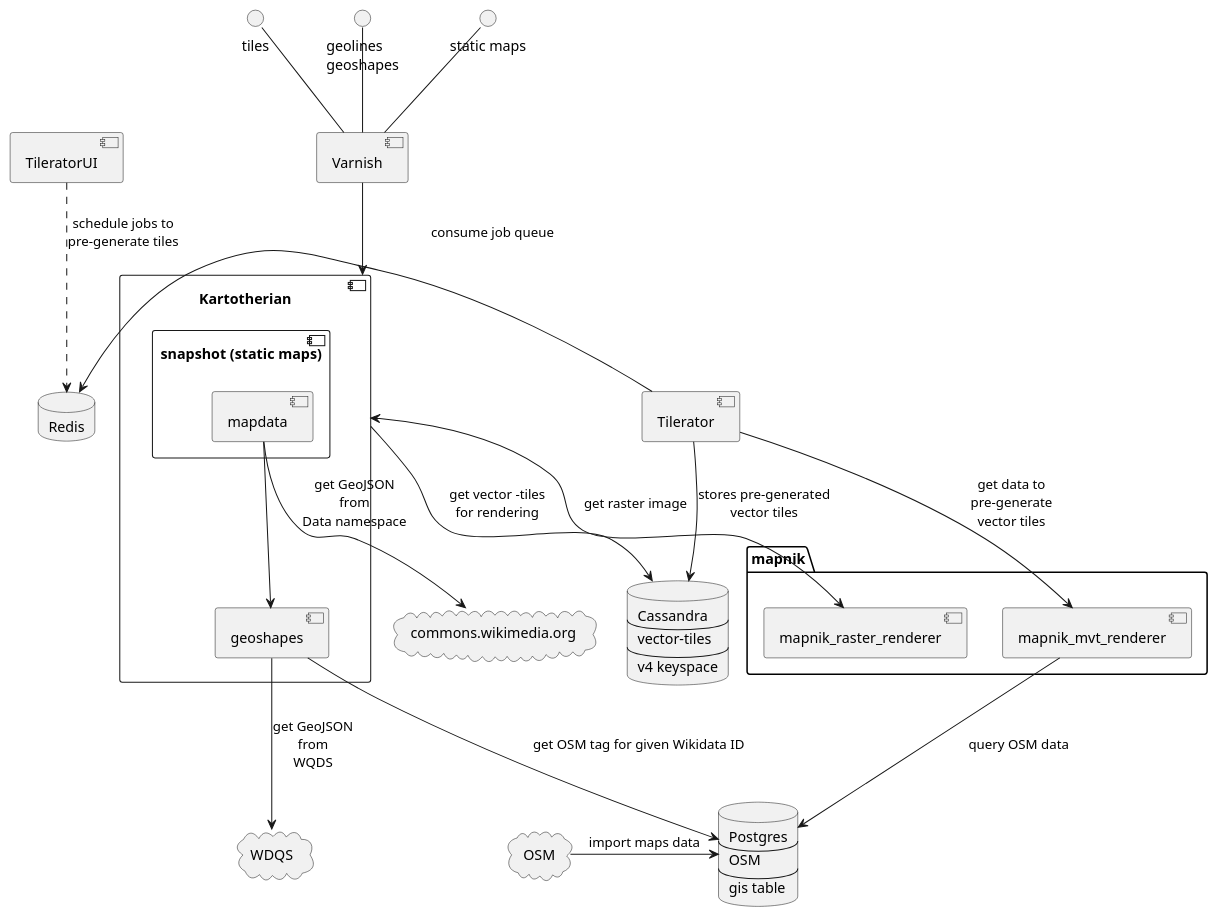
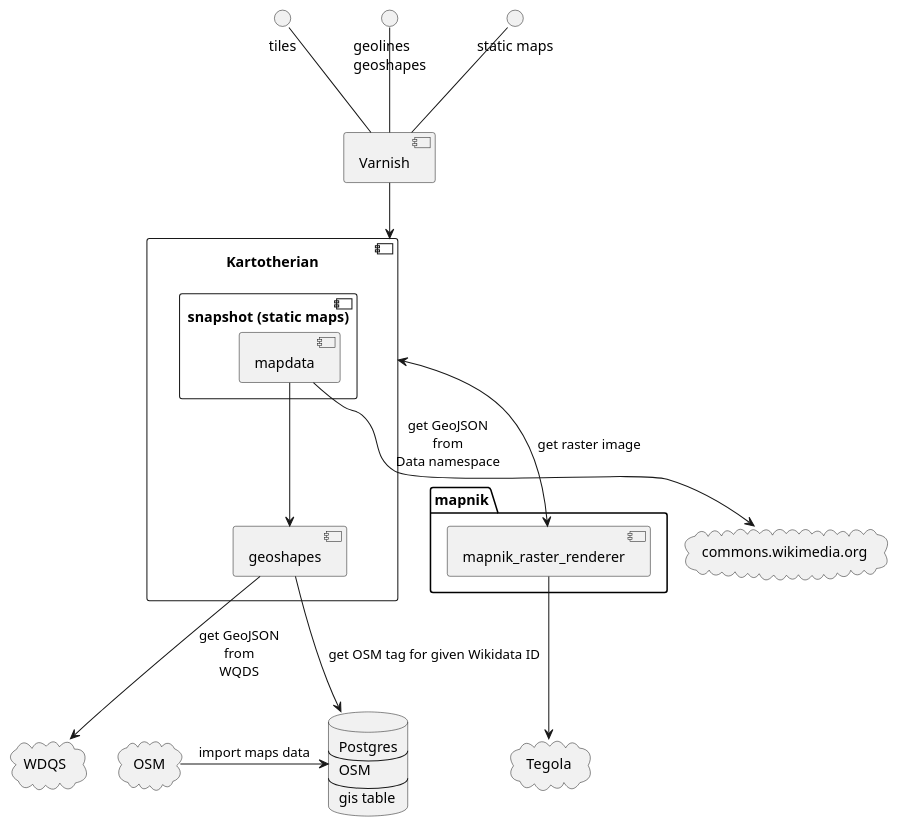
One commit to wikimedia/mediawiki-services-kartotherian changed the diagram in docs/diagrams/backend.puml. Above: the diagram before and after it, drawn with PlantUML. The commit also changed 14 other files, not shown here.

```diff
--- a/docs/diagrams/backend.puml
+++ b/docs/diagrams/backend.puml
@@ -1,60 +1,42 @@
 @startuml
 () tiles
 () "geolines\ngeoshapes" as geoshapes_req
 () "static maps" as staticmaps
 [Varnish]
 component Kartotherian {
     component geoshapes
     component "snapshot (static maps)" as snapshot {
         component mapdata
     }
 }
-[Tilerator]
-[TileratorUI]
 cloud OSM
 cloud WDQS
 cloud commons [
     commons.wikimedia.org
 ]
-database Cassandra [
-    Cassandra
-    ---
-    vector-tiles
-    --
-    v4 keyspace
-]
-database Redis
+cloud Tegola
 database Postgres [
     Postgres
     --
     OSM
     --
     gis table
 ]
 package mapnik {
-    component mapnik_mvt_renderer
     component mapnik_raster_renderer
 }
 
-mapnik_mvt_renderer --> Postgres : query OSM data
-Tilerator --> mapnik_mvt_renderer : get data to\npre-generate\nvector tiles
 Kartotherian <--> mapnik_raster_renderer : get raster image
-
+mapnik_raster_renderer --> Tegola
 geoshapes --> Postgres : get OSM tag for given Wikidata ID
 geoshapes --> WDQS : get GeoJSON\nfrom\nWQDS
 mapdata --> commons : get GeoJSON\nfrom\nData namespace
 mapdata --> geoshapes
 tiles -- Varnish
 geoshapes_req -- Varnish
 staticmaps -- Varnish
 
 OSM -> Postgres: import maps data
-Tilerator -left-> Redis: consume job queue
-'Tilerator --> Postgres: get data to pre-generate\nvector tiles
-Tilerator -> Cassandra: stores pre-generated\nvector tiles
 
-TileratorUI ..> Redis: schedule jobs to\npre-generate tiles
-
-Kartotherian --> Cassandra: get vector -tiles\nfor rendering
 Varnish --> Kartotherian
 @enduml
```
